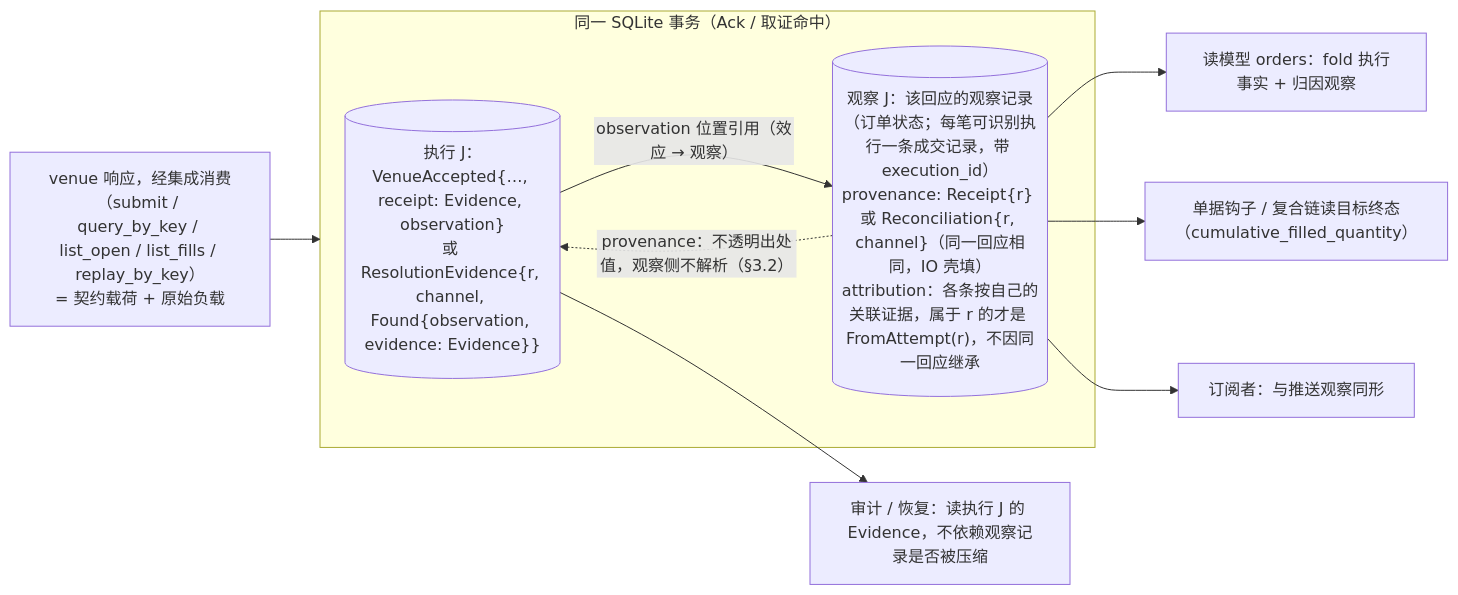
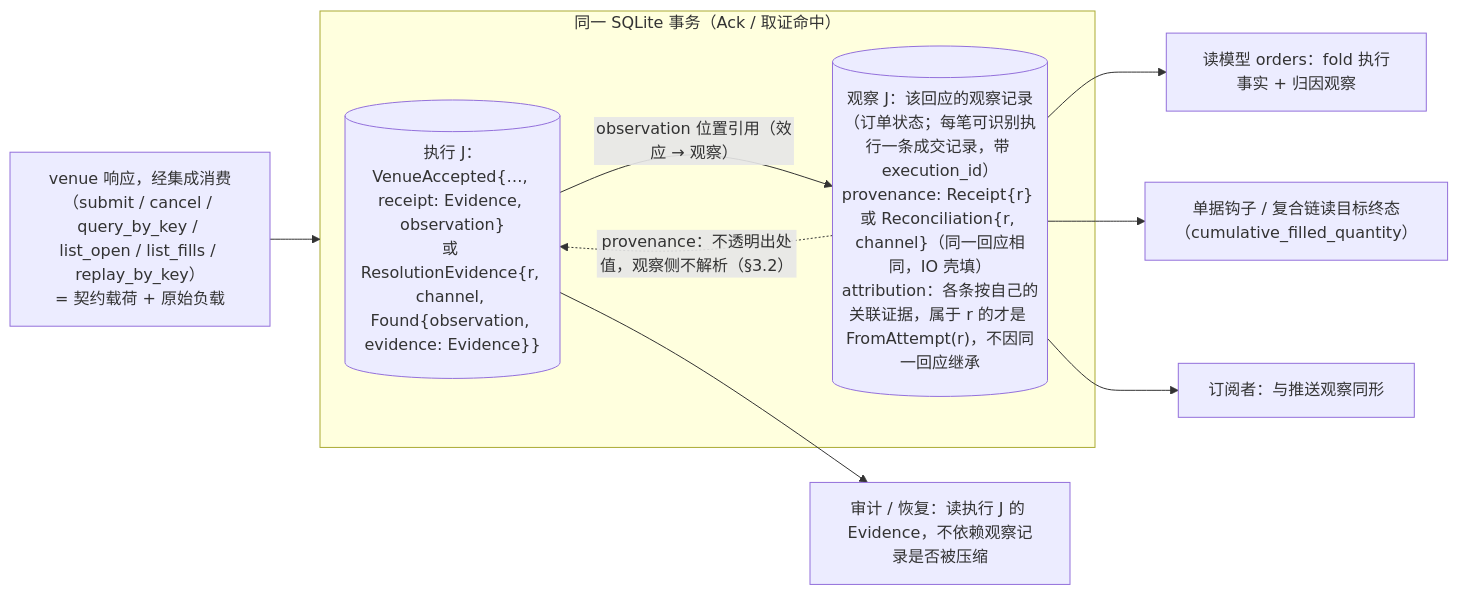
Before and after one commit to mouriya-s-lab/uta: the third of 7 diagrams in design/diagrams/06-io-shell-attempt.md, drawn with Mermaid. The commit also changed other lines of this file and 14 other files, not shown here.

Commit message:
design: write/lifecycle gaps — declared leg plans for Replace with per-leg keys and channels, target-kind capability for cancel/replace/close, TargetTerminal record, Halted and counters retained, session-state ownership in uses graph

````diff
--- a/design/diagrams/06-io-shell-attempt.md
+++ b/design/diagrams/06-io-shell-attempt.md
@@ -102,14 +102,14 @@
 ```mermaid
 flowchart LR
-  V["venue 响应，经集成消费（submit / query_by_key / list_open / list_fills / replay_by_key）<br/>= 契约载荷 + 原始负载"] --> TX
+  V["venue 响应，经集成消费（submit / cancel / query_by_key / list_open / list_fills / replay_by_key）<br/>= 契约载荷 + 原始负载"] --> TX
   subgraph TX["同一 SQLite 事务（Ack / 取证命中）"]
     E[("执行 J：VenueAccepted{…, receipt: Evidence, observation}<br/>或 ResolutionEvidence{r, channel, Found{observation, evidence: Evidence}}")]
     O[("观察 J：该回应的观察记录（订单状态；每笔可识别执行一条成交记录，带 execution_id）<br/>provenance: Receipt{r} 或 Reconciliation{r, channel}（同一回应相同，IO 壳填）<br/>attribution：各条按自己的关联证据，属于 r 的才是 FromAttempt(r)，不因同一回应继承")]
     E -->|"observation 位置引用（效应 → 观察）"| O
     O -.->|"provenance：不透明出处值，观察侧不解析（§3.2）"| E
   end
   E --> AUD["审计 / 恢复：读执行 J 的 Evidence，不依赖观察记录是否被压缩"]
   O --> RM["读模型 orders：fold 执行事实 + 归因观察"]
   O --> HOOK["单据钩子 / 复合链读目标终态（cumulative_filled_quantity）"]
   O --> SUBS["订阅者：与推送观察同形"]
 ```
````
